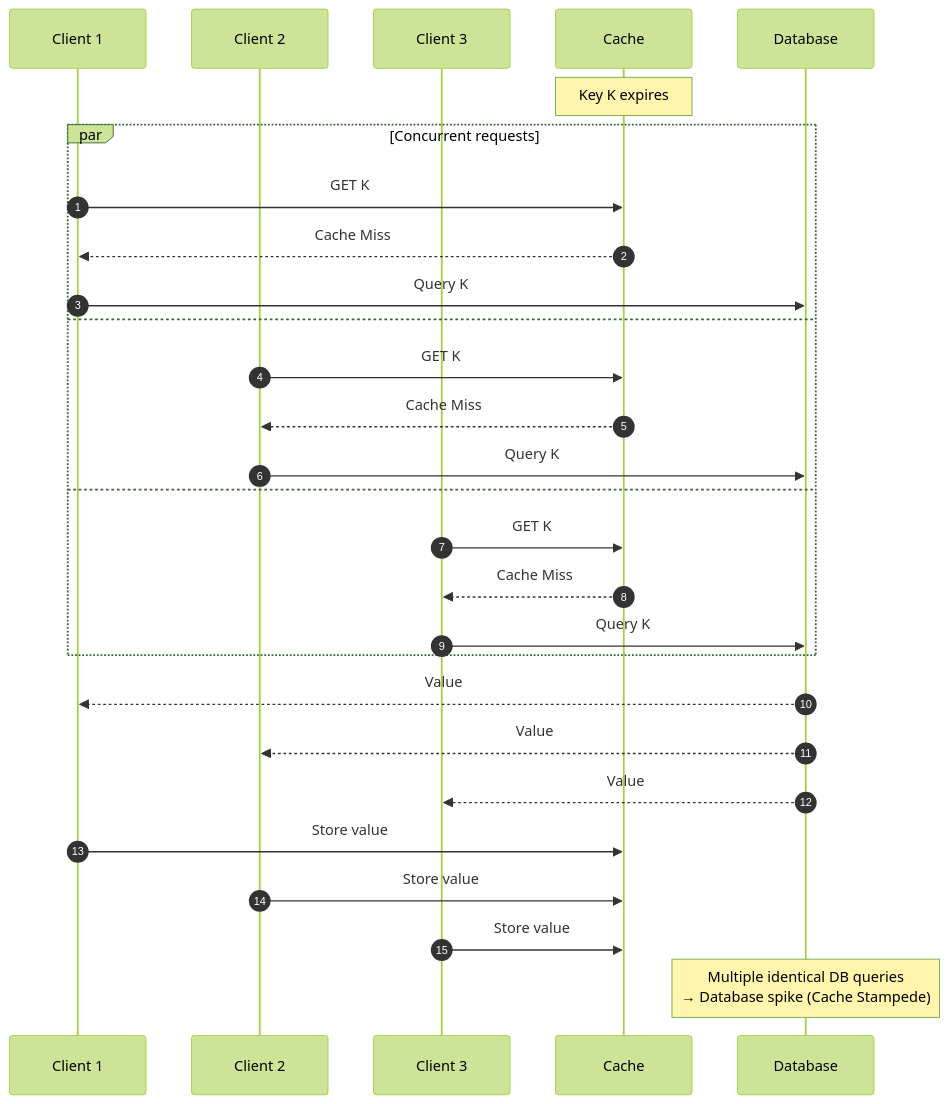
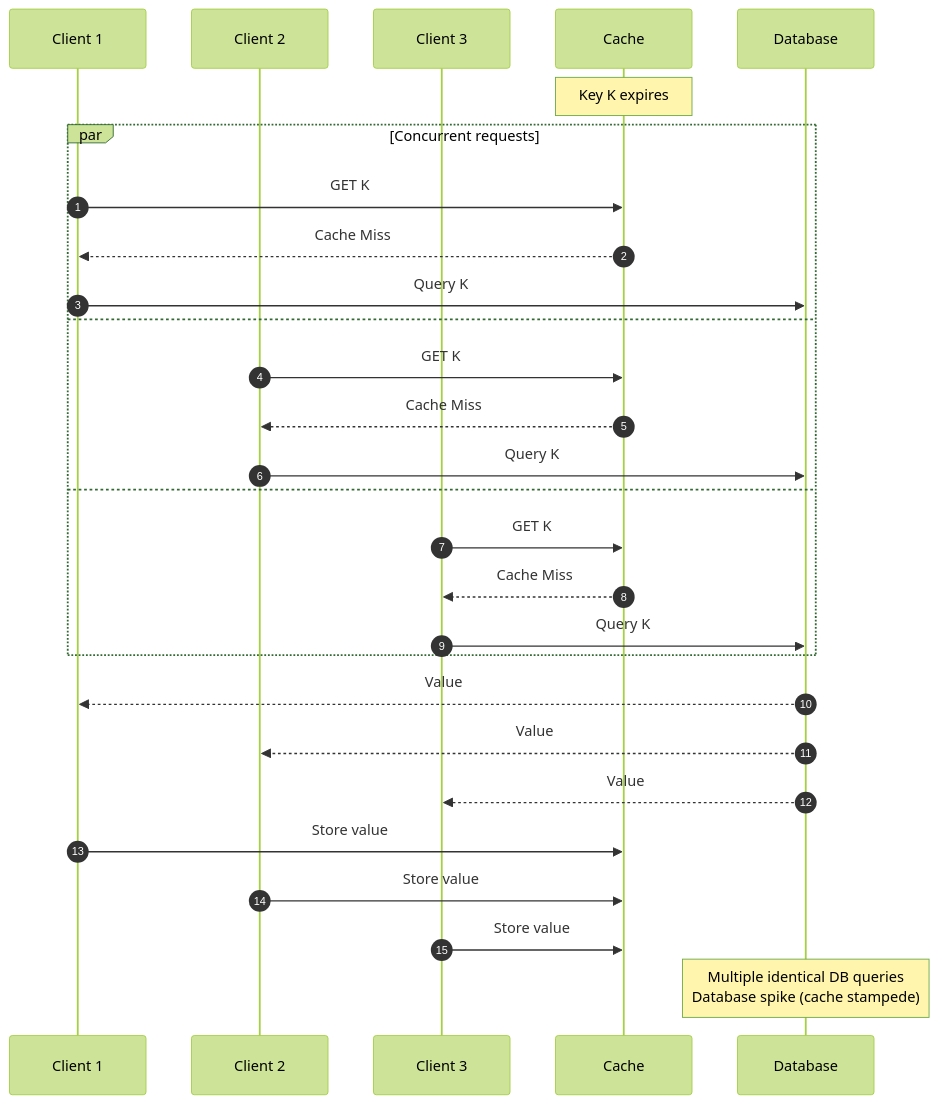
Before and after one commit to mohllal/system-design-interview-prep: the first of 2 diagrams in fundamentals/11-caching.md, drawn with Mermaid (forest theme). The commit also changed other lines of this file and 35 other files, not shown here.

````diff
--- a/fundamentals/11-caching.md
+++ b/fundamentals/11-caching.md
@@ -165,36 +211,36 @@
 ```mermaid
 sequenceDiagram
     autonumber
 
     participant C1 as Client 1
     participant C2 as Client 2
     participant C3 as Client 3
     participant Cache
     participant DB as Database
 
     Note over Cache: Key K expires
 
     par Concurrent requests
         C1->>Cache: GET K
         Cache-->>C1: Cache Miss
         C1->>DB: Query K
     and
         C2->>Cache: GET K
         Cache-->>C2: Cache Miss
         C2->>DB: Query K
     and
         C3->>Cache: GET K
         Cache-->>C3: Cache Miss
         C3->>DB: Query K
     end
 
     DB-->>C1: Value
     DB-->>C2: Value
     DB-->>C3: Value
 
     C1->>Cache: Store value
     C2->>Cache: Store value
     C3->>Cache: Store value
 
-    Note over DB: Multiple identical DB queries<br/>→ Database spike (Cache Stampede)
+    Note over DB: Multiple identical DB queries<br/>Database spike (cache stampede)
 ```
````
